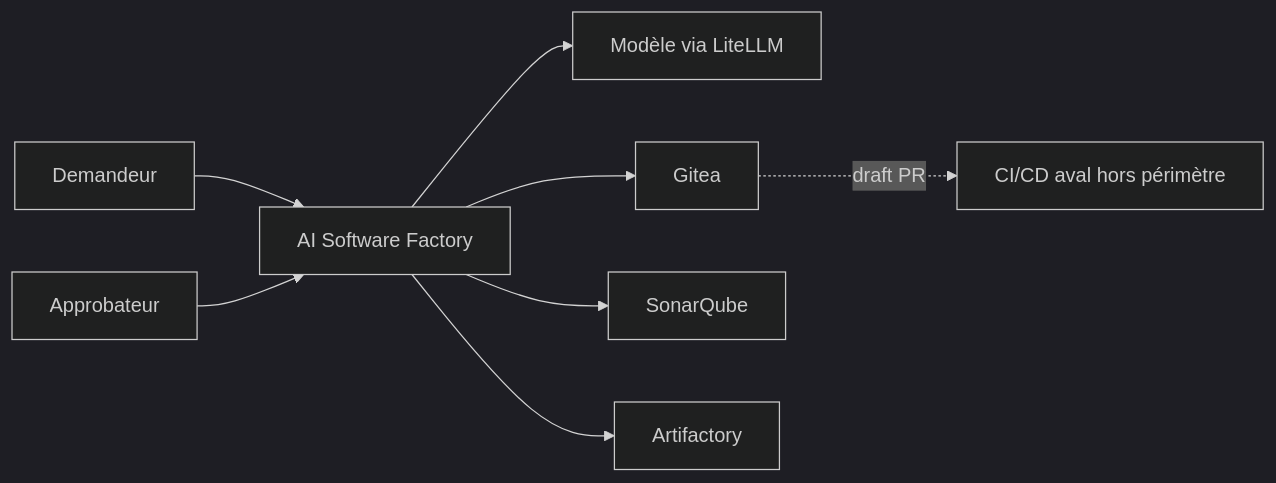
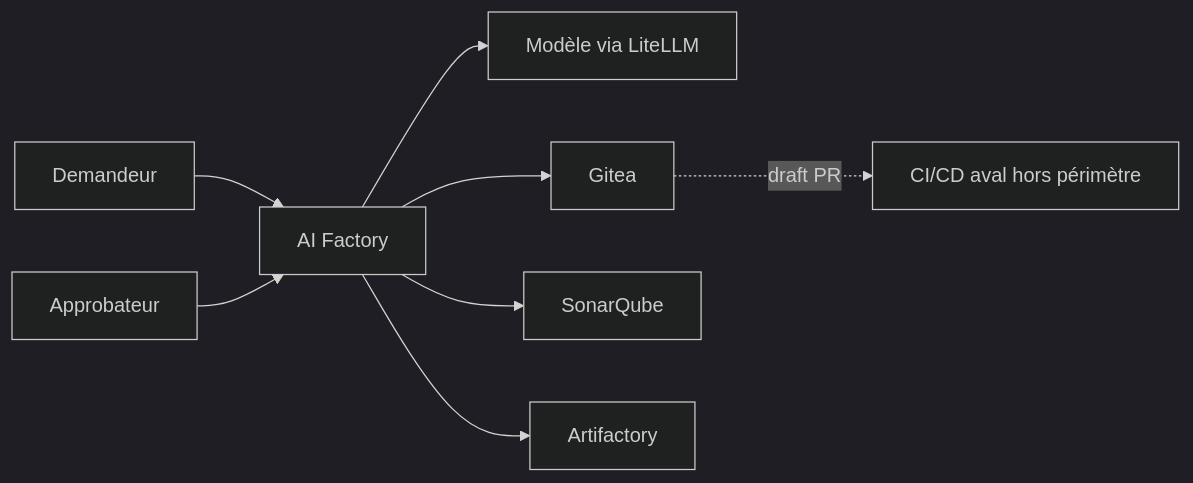
Before and after one commit to dbeaumont/ai-software-factory-local: the first of 6 diagrams in docs/overview/architecture-overview.md, drawn with Mermaid (dark theme). The commit also changed other lines of this file and 42 other files, not shown here.

Commit message:
chore(branding): rename AI Software Factory

````diff
--- a/docs/overview/architecture-overview.md
+++ b/docs/overview/architecture-overview.md
@@ -22,10 +22,10 @@
 ```mermaid
 flowchart LR
-  REQ[Demandeur] --> FACTORY[AI Software Factory]
+  REQ[Demandeur] --> FACTORY[AI Factory]
   APPROVER[Approbateur] --> FACTORY
   FACTORY --> MODEL[Modèle via LiteLLM]
   FACTORY --> SCM[Gitea]
   FACTORY --> QUALITY[SonarQube]
   FACTORY --> ART[Artifactory]
   SCM -. draft PR .-> CI[CI/CD aval hors périmètre]
 ```
````
